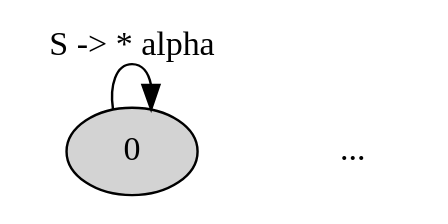
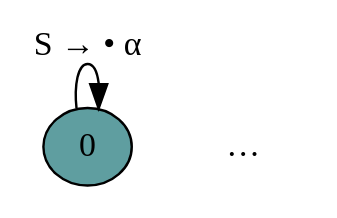
The diagram in images/chart_td_init.dot (nltk/nltk_book), drawn with Graphviz before and after one commit. The commit also changed 22 other files, not shown here.

```diff
--- a/images/chart_td_init.dot
+++ b/images/chart_td_init.dot
@@ -1,22 +1,25 @@
 digraph x {
    rankdir=LR;
+   ranksep=0.25;
+
    /* The nodes */
    {
-       node [style=filled, color=black, fillcolor=lightgray];
+       node [style=filled, height=0.1,width=0.1, fillcolor=cadetblue];
        1 [label="0"];
    }
 
    /* The sentence */
    {
        edge [style=invis, weight=100];
        node [shape=plaintext];
        1->dots2;
-       dots2 [label="..."];
+       dots2 [label="&hellip;"];
    }
 
    /* Edges */
    {
-       1->1 [label="S -> * alpha"];
+       edge [fontname=LucidaGrande];
+       1->1 [label="S &rarr; &bull; &alpha; "];
    }
 
 }
```
